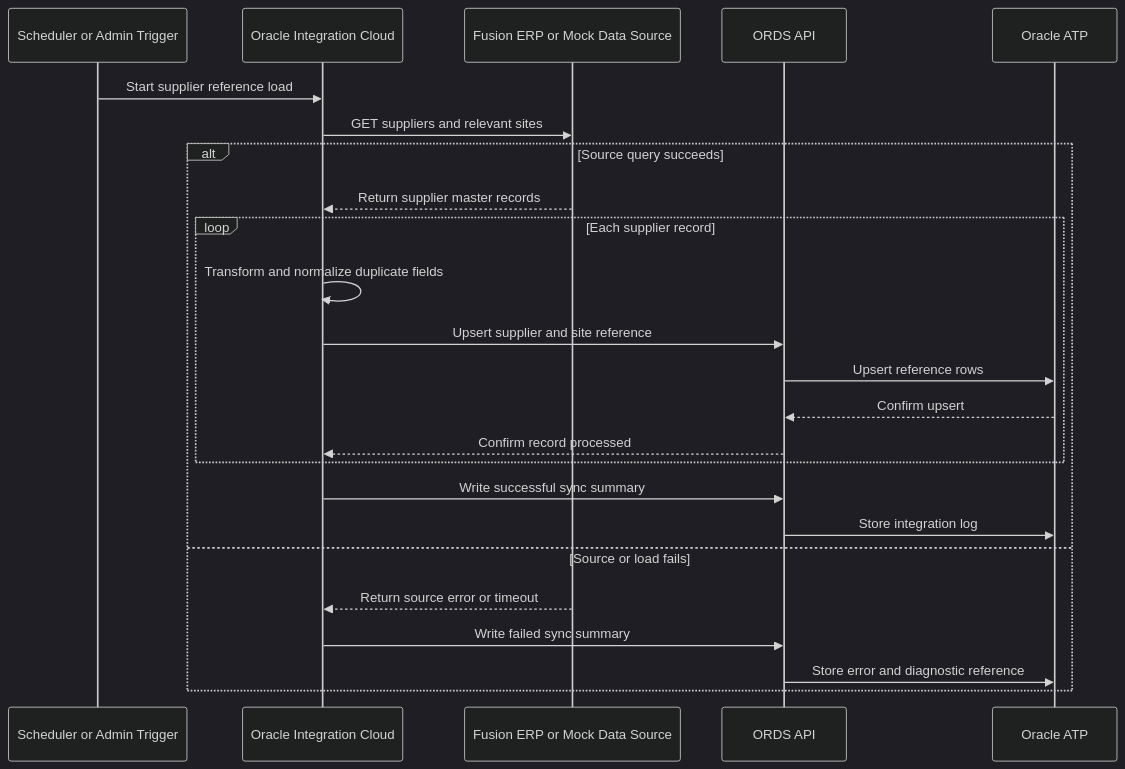
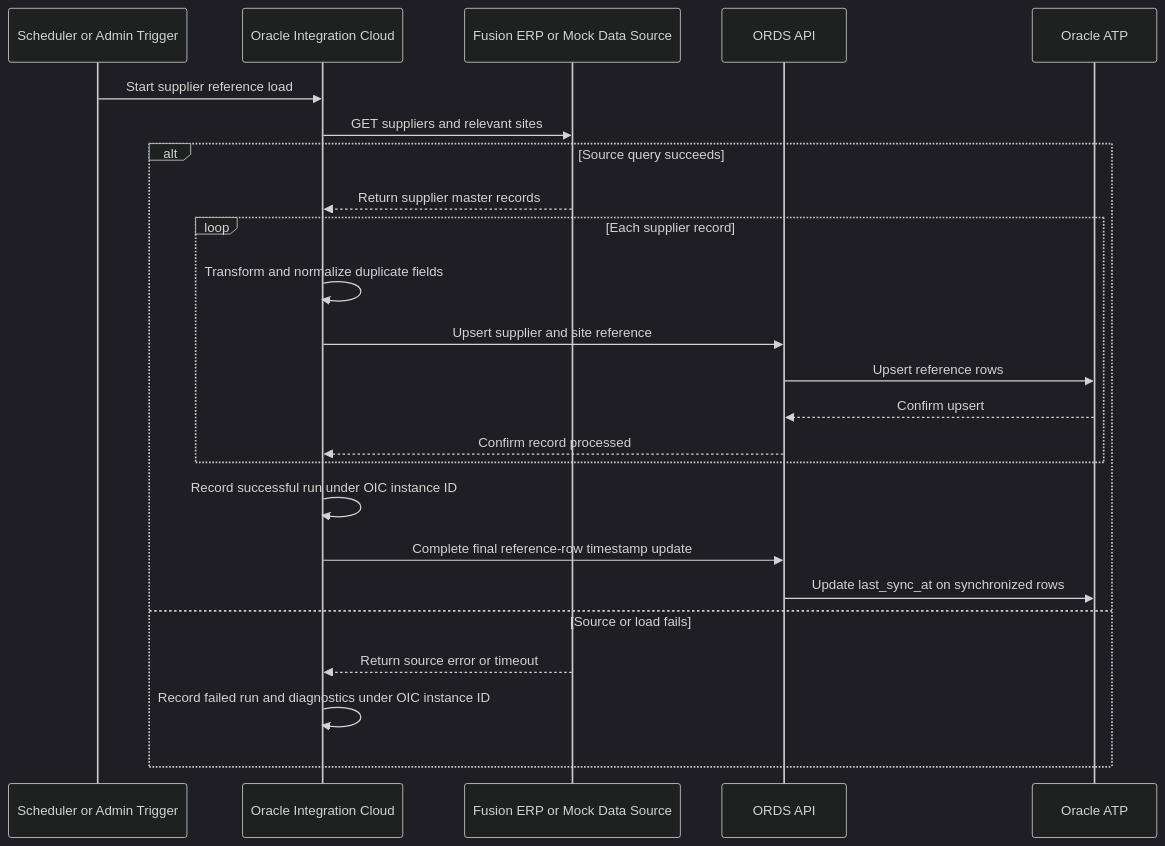
One commit to abdullahsohaill/erp-supplier-onboarding changed diagram 12 of 14 in aidlc-docs/inception/user-stories/sequence-diagrams.md. Above: the diagram before and after it, drawn with Mermaid (dark theme). The commit also changed other lines of this file and 6 other files, not shown here.

Commit message:
Align requirements and stories with finalized schema

````diff
--- a/aidlc-docs/inception/user-stories/sequence-diagrams.md
+++ b/aidlc-docs/inception/user-stories/sequence-diagrams.md
@@ -347,26 +355,26 @@
 ```mermaid
 sequenceDiagram
     participant Trigger as Scheduler or Admin Trigger
     participant OIC as Oracle Integration Cloud
     participant Fusion as Fusion ERP or Mock Data Source
     participant ORDS as ORDS API
     participant ATP as Oracle ATP
     Trigger->>OIC: Start supplier reference load
     OIC->>Fusion: GET suppliers and relevant sites
     alt Source query succeeds
         Fusion-->>OIC: Return supplier master records
         loop Each supplier record
             OIC->>OIC: Transform and normalize duplicate fields
             OIC->>ORDS: Upsert supplier and site reference
             ORDS->>ATP: Upsert reference rows
             ATP-->>ORDS: Confirm upsert
             ORDS-->>OIC: Confirm record processed
         end
-        OIC->>ORDS: Write successful sync summary
-        ORDS->>ATP: Store integration log
+        OIC->>OIC: Record successful run under OIC instance ID
+        OIC->>ORDS: Complete final reference-row timestamp update
+        ORDS->>ATP: Update last_sync_at on synchronized rows
     else Source or load fails
         Fusion-->>OIC: Return source error or timeout
-        OIC->>ORDS: Write failed sync summary
-        ORDS->>ATP: Store error and diagnostic reference
+        OIC->>OIC: Record failed run and diagnostics under OIC instance ID
     end
 ```
````
